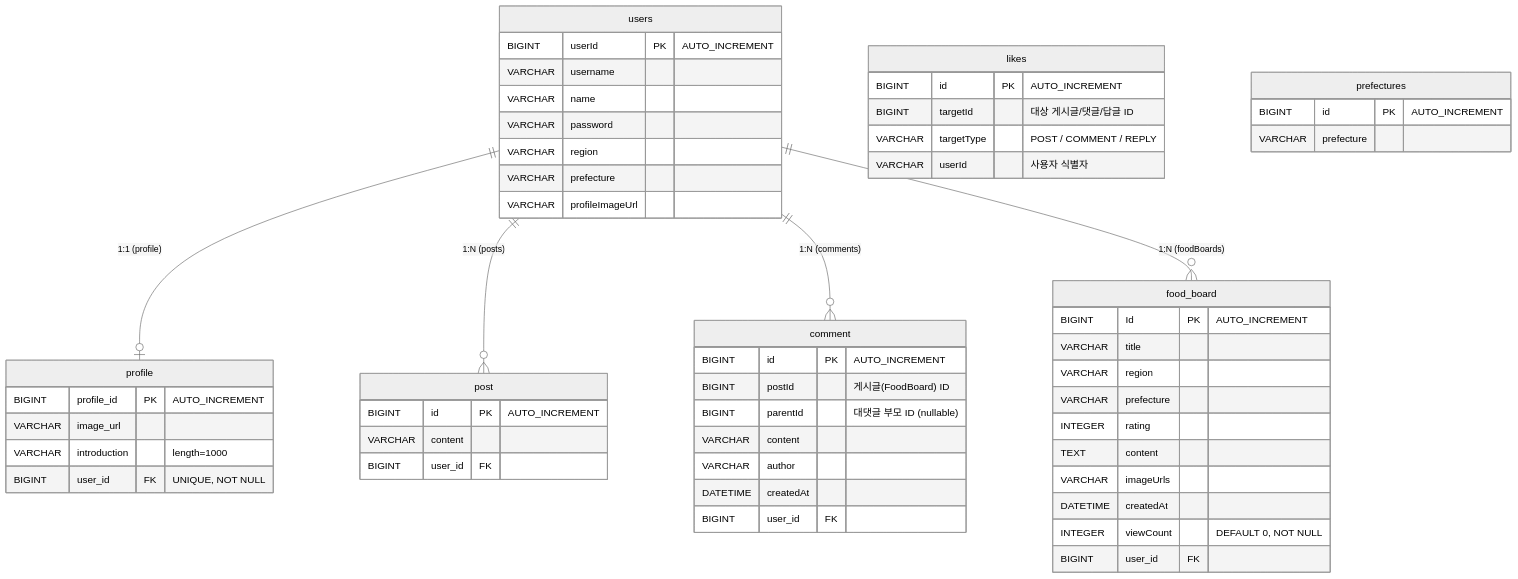
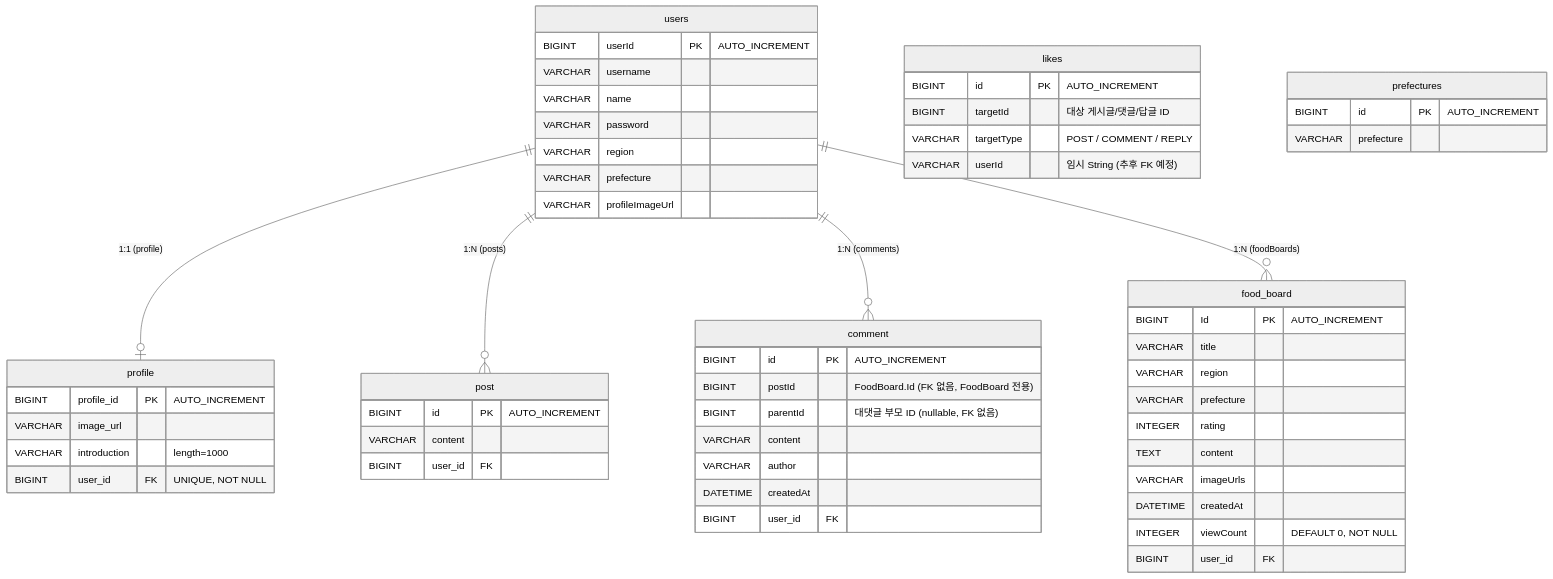
Before and after one commit to devman26173/project-backend: the diagram in ERD.md, drawn with Mermaid (neutral theme). The commit also changed other lines of this file, not shown here.

Commit message:
[docs] ERD.md 개선 - 코드 리뷰 피드백 반영

````diff
--- a/ERD.md
+++ b/ERD.md
@@ -5,65 +5,65 @@
 ```mermaid
 erDiagram
     users {
         BIGINT userId PK "AUTO_INCREMENT"
         VARCHAR username
         VARCHAR name
         VARCHAR password
         VARCHAR region
         VARCHAR prefecture
         VARCHAR profileImageUrl
     }
 
     profile {
         BIGINT profile_id PK "AUTO_INCREMENT"
         VARCHAR image_url
         VARCHAR introduction "length=1000"
         BIGINT user_id FK "UNIQUE, NOT NULL"
     }
 
     post {
         BIGINT id PK "AUTO_INCREMENT"
         VARCHAR content
         BIGINT user_id FK
     }
 
     comment {
         BIGINT id PK "AUTO_INCREMENT"
-        BIGINT postId "게시글(FoodBoard) ID"
-        BIGINT parentId "대댓글 부모 ID (nullable)"
+        BIGINT postId "FoodBoard.Id (FK 없음, FoodBoard 전용)"
+        BIGINT parentId "대댓글 부모 ID (nullable, FK 없음)"
         VARCHAR content
         VARCHAR author
         DATETIME createdAt
         BIGINT user_id FK
     }
 
     food_board {
         BIGINT Id PK "AUTO_INCREMENT"
         VARCHAR title
         VARCHAR region
         VARCHAR prefecture
         INTEGER rating
         TEXT content
         VARCHAR imageUrls
         DATETIME createdAt
         INTEGER viewCount "DEFAULT 0, NOT NULL"
         BIGINT user_id FK
     }
 
     likes {
         BIGINT id PK "AUTO_INCREMENT"
         BIGINT targetId "대상 게시글/댓글/답글 ID"
         VARCHAR targetType "POST / COMMENT / REPLY"
-        VARCHAR userId "사용자 식별자"
+        VARCHAR userId "임시 String (추후 FK 예정)"
     }
 
     prefectures {
         BIGINT id PK "AUTO_INCREMENT"
         VARCHAR prefecture
     }
 
     users ||--o| profile : "1:1 (profile)"
     users ||--o{ post : "1:N (posts)"
     users ||--o{ comment : "1:N (comments)"
     users ||--o{ food_board : "1:N (foodBoards)"
 ```
````
